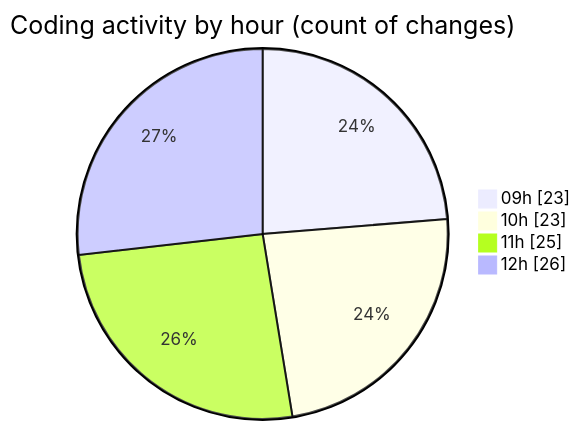
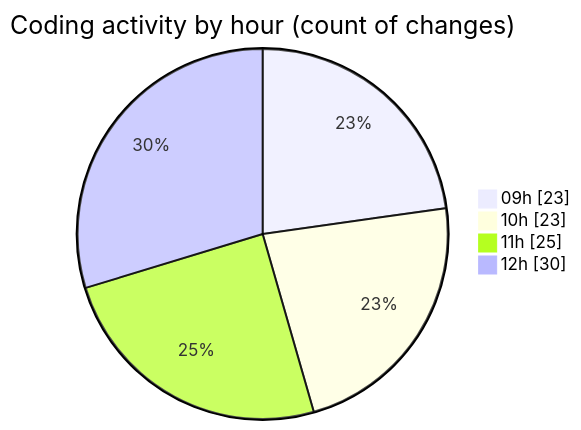
Before and after one commit to momahboobian/code-tracking: the second of 2 diagrams in 2025-10-23/cda/README.md, drawn with Mermaid. The commit also changed other lines of this file and 1 other file, not shown here.

````diff
--- a/2025-10-23/cda/README.md
+++ b/2025-10-23/cda/README.md
@@ -32,8 +32,8 @@
 ```mermaid
 pie showData
 title Coding activity by hour (count of changes)
 "09h" : 23
 "10h" : 23
 "11h" : 25
-"12h" : 26
+"12h" : 30
 ```
````
